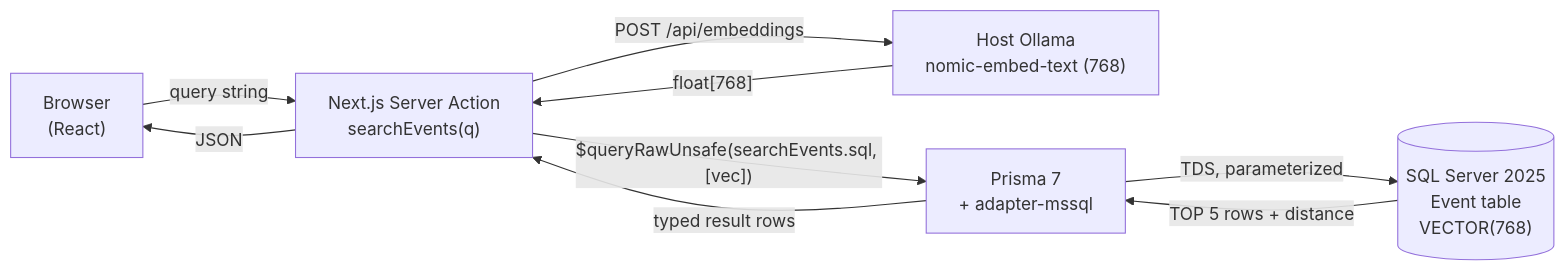
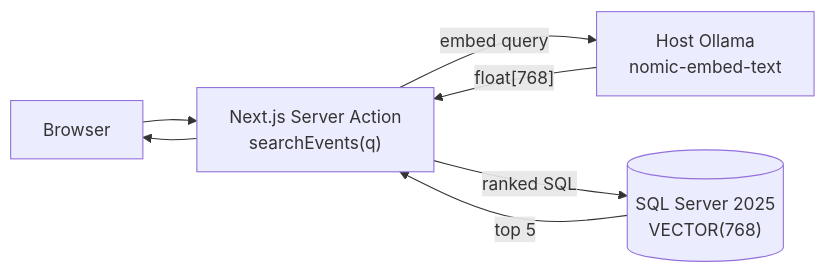
The diagram in docs/plan.md (croblesm/scout-talk-app), drawn with Mermaid before and after one commit. The commit also changed other lines of this file and 2 other files, not shown here.

````diff
--- a/docs/plan.md
+++ b/docs/plan.md
@@ -34,17 +7,14 @@
 ```mermaid
 flowchart LR
-    Browser["Browser<br/>(React)"]
+    Browser["Browser"]
     Action["Next.js Server Action<br/>searchEvents(q)"]
-    Ollama["Host Ollama<br/>nomic-embed-text (768)"]
-    Prisma["Prisma 7<br/>+ adapter-mssql"]
-    SQL[("SQL Server 2025<br/>Event table<br/>VECTOR(768)")]
+    Ollama["Host Ollama<br/>nomic-embed-text"]
+    SQL[("SQL Server 2025<br/>VECTOR(768)")]
 
-    Browser -- "query string" --> Action
-    Action -- "POST /api/embeddings" --> Ollama
+    Browser --> Action
+    Action -- "embed query" --> Ollama
     Ollama -- "float[768]" --> Action
-    Action -- "$queryRawUnsafe(searchEvents.sql, [vec])" --> Prisma
-    Prisma -- "TDS, parameterized" --> SQL
-    SQL -- "TOP 5 rows + distance" --> Prisma
-    Prisma -- "typed result rows" --> Action
-    Action -- "JSON" --> Browser
+    Action -- "ranked SQL" --> SQL
+    SQL -- "top 5" --> Action
+    Action --> Browser
 ```
````
